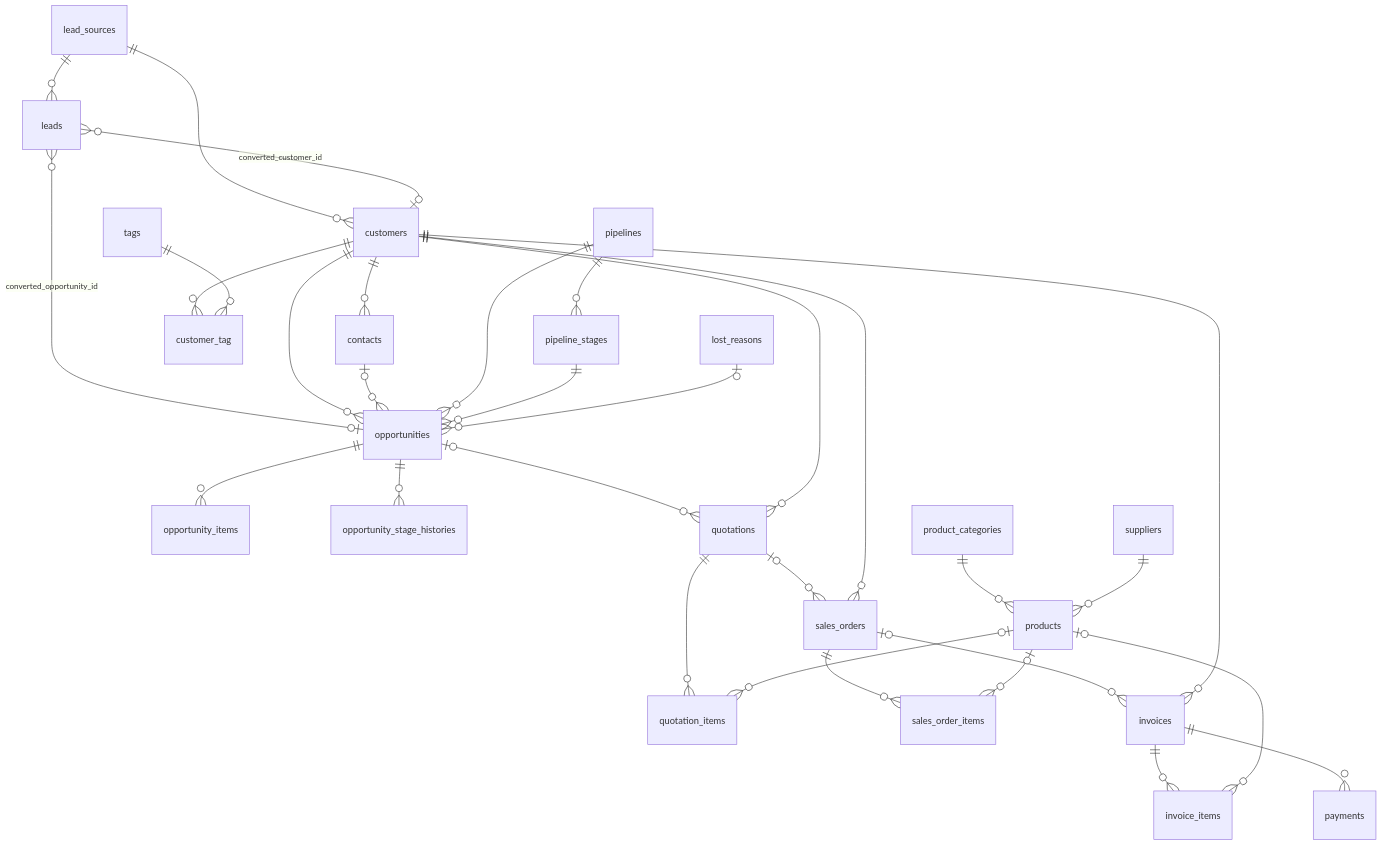
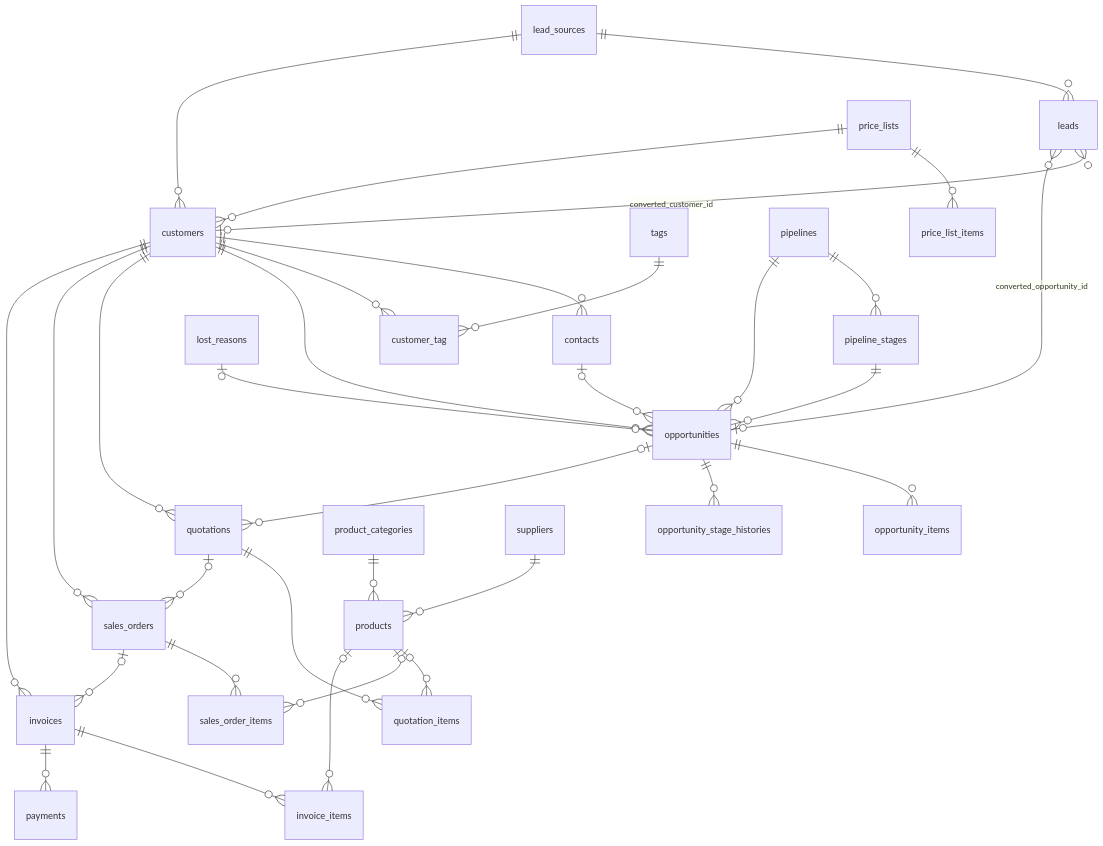
Before and after one commit to phuc-ltp/top-crm: the second of 3 diagrams in docs/DATABASE.md, drawn with Mermaid. The commit also changed other lines of this file and 30 other files, not shown here.

````diff
--- a/docs/DATABASE.md
+++ b/docs/DATABASE.md
@@ -42,33 +42,35 @@
 ```mermaid
 erDiagram
     lead_sources ||--o{ leads : ""
     lead_sources ||--o{ customers : ""
     leads }o--o| customers : "converted_customer_id"
     leads }o--o| opportunities : "converted_opportunity_id"
     customers ||--o{ contacts : ""
     customers ||--o{ customer_tag : ""
     tags ||--o{ customer_tag : ""
     customers ||--o{ opportunities : ""
     contacts |o--o{ opportunities : ""
     pipelines ||--o{ pipeline_stages : ""
     pipelines ||--o{ opportunities : ""
     pipeline_stages ||--o{ opportunities : ""
     opportunities ||--o{ opportunity_items : ""
     lost_reasons |o--o{ opportunities : ""
     opportunities ||--o{ opportunity_stage_histories : ""
     opportunities |o--o{ quotations : ""
     customers ||--o{ quotations : ""
     quotations ||--o{ quotation_items : ""
     quotations |o--o{ sales_orders : ""
     customers ||--o{ sales_orders : ""
     sales_orders ||--o{ sales_order_items : ""
     sales_orders |o--o{ invoices : ""
     customers ||--o{ invoices : ""
     invoices ||--o{ invoice_items : ""
     invoices ||--o{ payments : ""
     product_categories ||--o{ products : ""
     suppliers ||--o{ products : ""
+    price_lists ||--o{ price_list_items : ""
+    price_lists ||--o{ customers : ""
     products |o--o{ quotation_items : ""
     products |o--o{ sales_order_items : ""
     products |o--o{ invoice_items : ""
 ```
````
